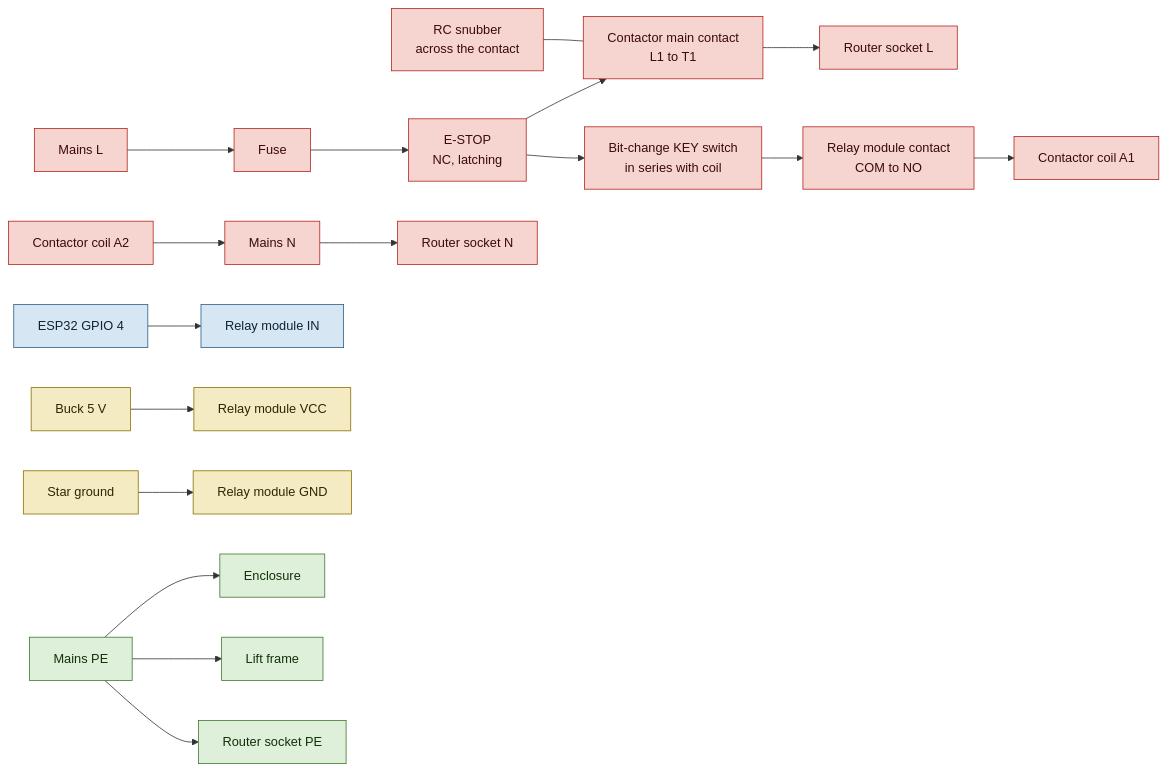
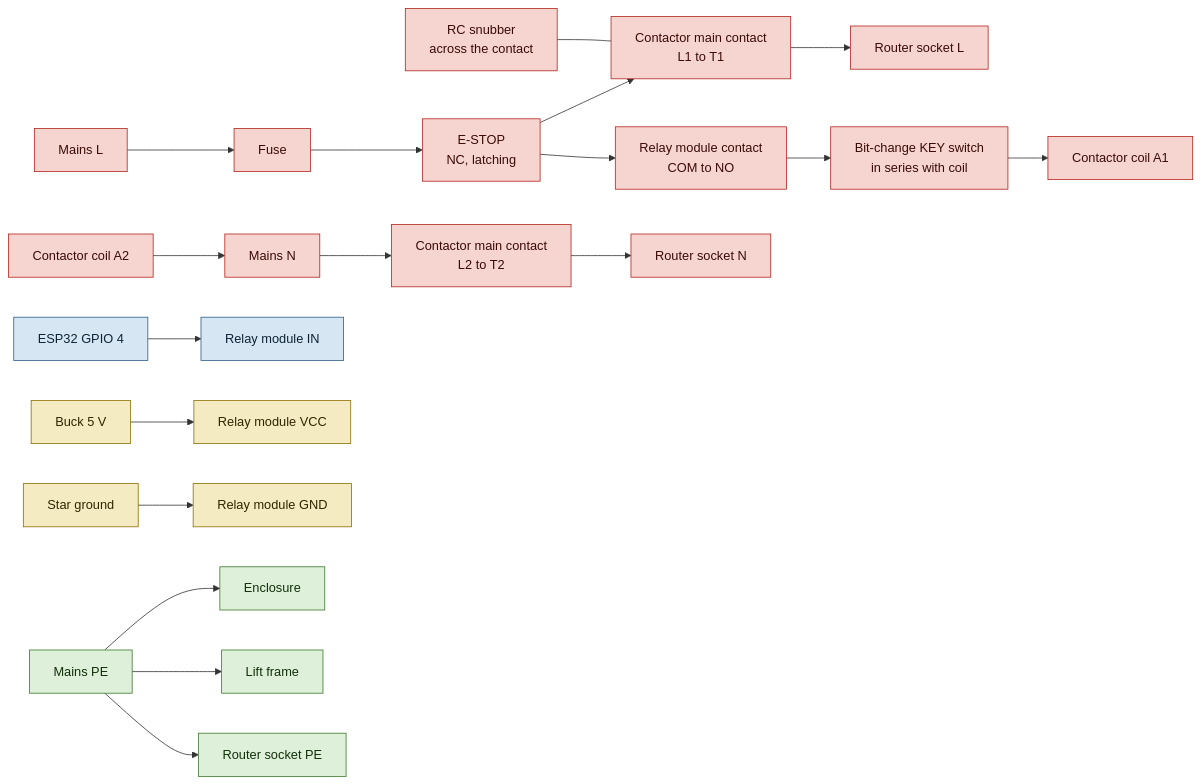
Before and after one commit to swissMack/routerLift: the fifth of 6 diagrams in docs/WIRING-RevH.md, drawn with Mermaid. The commit also changed other lines of this file and 7 other files, not shown here.

First line of the commit message:
fix(hardware): put the fuse before the E-stop and switch L and N at the contactor

````diff
--- a/docs/WIRING-RevH.md
+++ b/docs/WIRING-RevH.md
@@ -257,31 +259,32 @@
 ```mermaid
 flowchart LR
   classDef mains fill:#F6D5D1,stroke:#B3261E,color:#3A0B07
   classDef v5 fill:#F5EBC2,stroke:#8C7000,color:#2F2500
   classDef v33 fill:#D6E6F2,stroke:#2C5F8A,color:#0E2436
   classDef pe fill:#DFF0DA,stroke:#3C7A2E,color:#12300A
 
   L["Mains L"] --> F["Fuse"] --> E["E-STOP<br/>NC, latching"]
   E --> K["Contactor main contact<br/>L1 to T1"]
   K --> SL["Router socket L"]
   SNUB["RC snubber<br/>across the contact"] --- K
 
-  E --> KEY["Bit-change KEY switch<br/>in series with coil"]
-  KEY --> RC["Relay module contact<br/>COM to NO"]
-  RC --> A1["Contactor coil A1"]
+  E --> RC["Relay module contact<br/>COM to NO"]
+  RC --> KEY["Bit-change KEY switch<br/>in series with coil"]
+  KEY --> A1["Contactor coil A1"]
   A2["Contactor coil A2"] --> N["Mains N"]
-  N --> SN["Router socket N"]
+  N --> K2["Contactor main contact<br/>L2 to T2"]
+  K2 --> SN["Router socket N"]
 
   G4["ESP32 GPIO 4"] --> RIN["Relay module IN"]
   B5["Buck 5 V"] --> RVCC["Relay module VCC"]
   G0["Star ground"] --> RGND["Relay module GND"]
 
   PE["Mains PE"] --> PE1["Enclosure"]
   PE --> PE2["Lift frame"]
   PE --> PE3["Router socket PE"]
 
-  class L,F,E,K,SL,SNUB,KEY,RC,A1,A2,N,SN mains
+  class L,F,E,K,K2,SL,SNUB,KEY,RC,A1,A2,N,SN mains
   class B5,RVCC,RGND,G0 v5
   class G4,RIN v33
   class PE,PE1,PE2,PE3 pe
 ```
````
